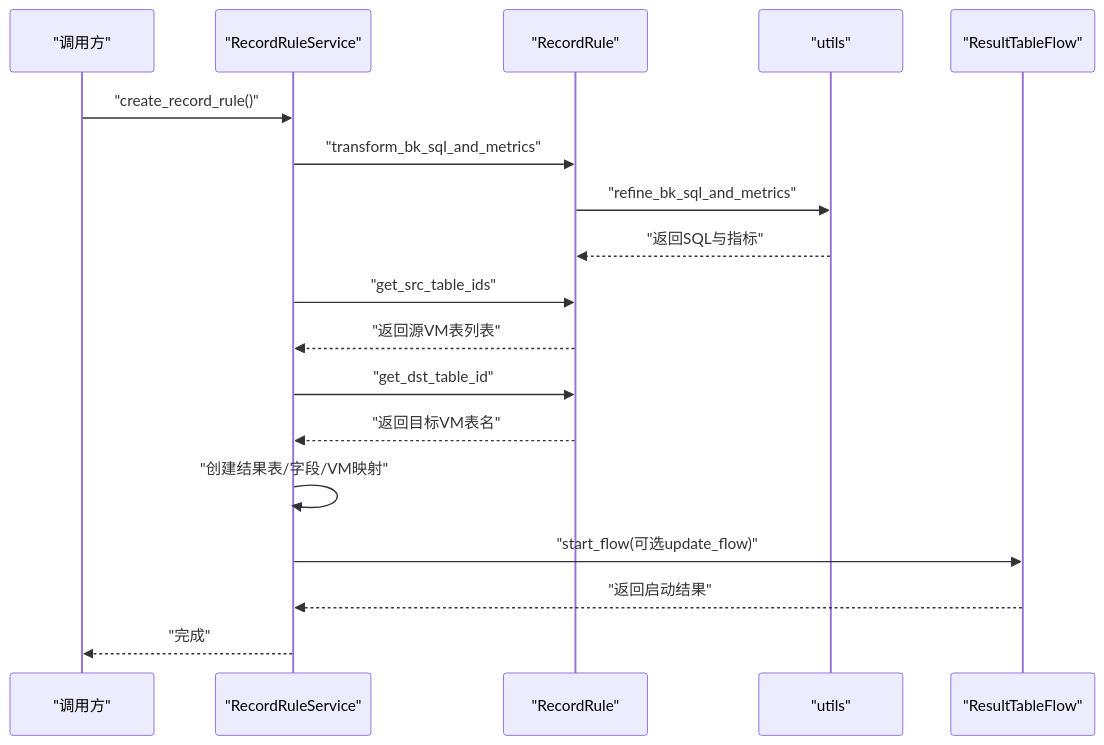
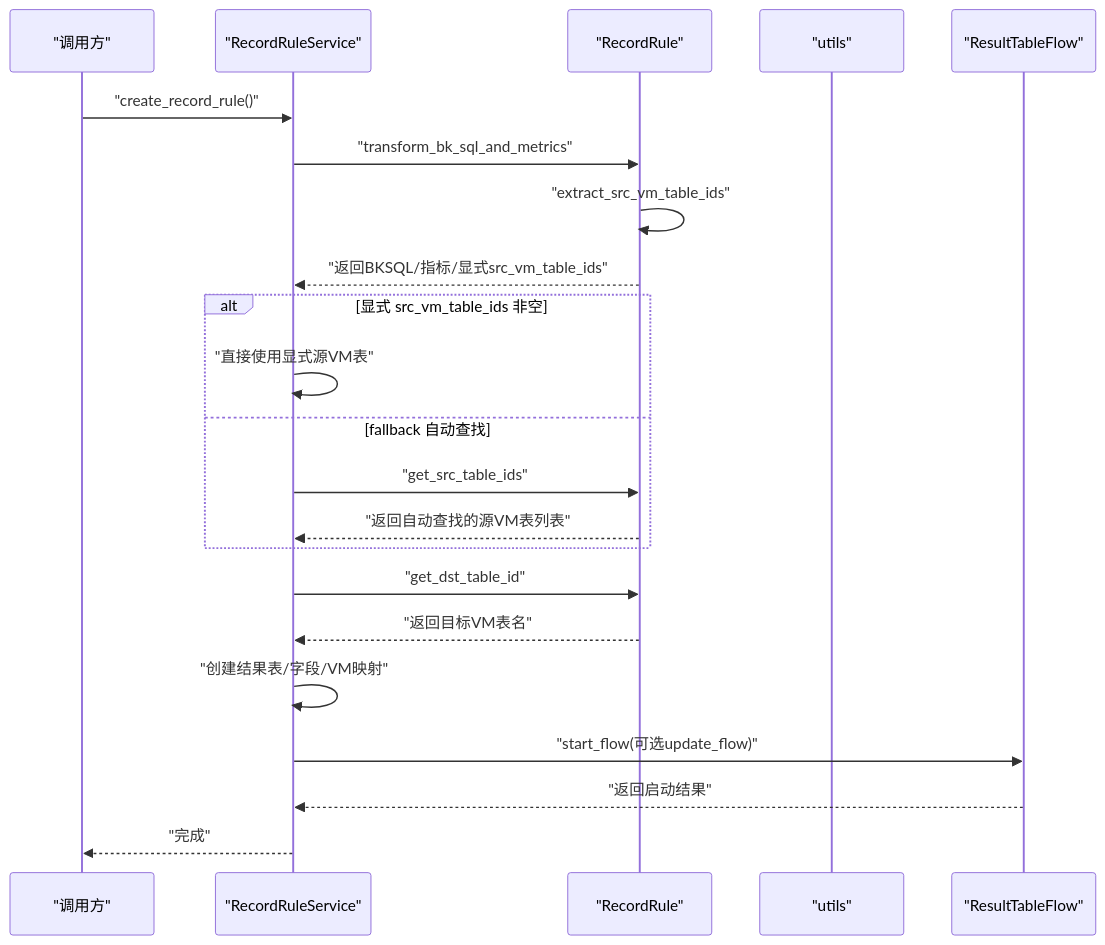
One commit to HACK-WU/bk-monitor-wiki changed the fifth of 6 diagrams in wiki/核心模块架构/元数据管理模块/元数据模型设计/记录规则模型.md. Above: the diagram before and after it, drawn with Mermaid. The commit also changed other lines of this file and 22 other files, not shown here.

````diff
--- a/wiki/核心模块架构/元数据管理模块/元数据模型设计/记录规则模型.md
+++ b/wiki/核心模块架构/元数据管理模块/元数据模型设计/记录规则模型.md
@@ -220,20 +227,24 @@
 ```mermaid
 sequenceDiagram
 participant 调用方 as "调用方"
 participant 服务 as "RecordRuleService"
 participant 规则 as "RecordRule"
 participant 工具 as "utils"
 participant 流程 as "ResultTableFlow"
 调用方->>服务 : "create_record_rule()"
 服务->>规则 : "transform_bk_sql_and_metrics"
-规则->>工具 : "refine_bk_sql_and_metrics"
-工具-->>规则 : "返回SQL与指标"
-服务->>规则 : "get_src_table_ids"
-规则-->>服务 : "返回源VM表列表"
+规则->>规则 : "extract_src_vm_table_ids"
+规则-->>服务 : "返回BKSQL/指标/显式src_vm_table_ids"
+alt 显式 src_vm_table_ids 非空
+    服务->>服务 : "直接使用显式源VM表"
+else fallback 自动查找
+    服务->>规则 : "get_src_table_ids"
+    规则-->>服务 : "返回自动查找的源VM表列表"
+end
 服务->>规则 : "get_dst_table_id"
 规则-->>服务 : "返回目标VM表名"
 服务->>服务 : "创建结果表/字段/VM映射"
 服务->>流程 : "start_flow(可选update_flow)"
 流程-->>服务 : "返回启动结果"
 服务-->>调用方 : "完成"
 ```
````
